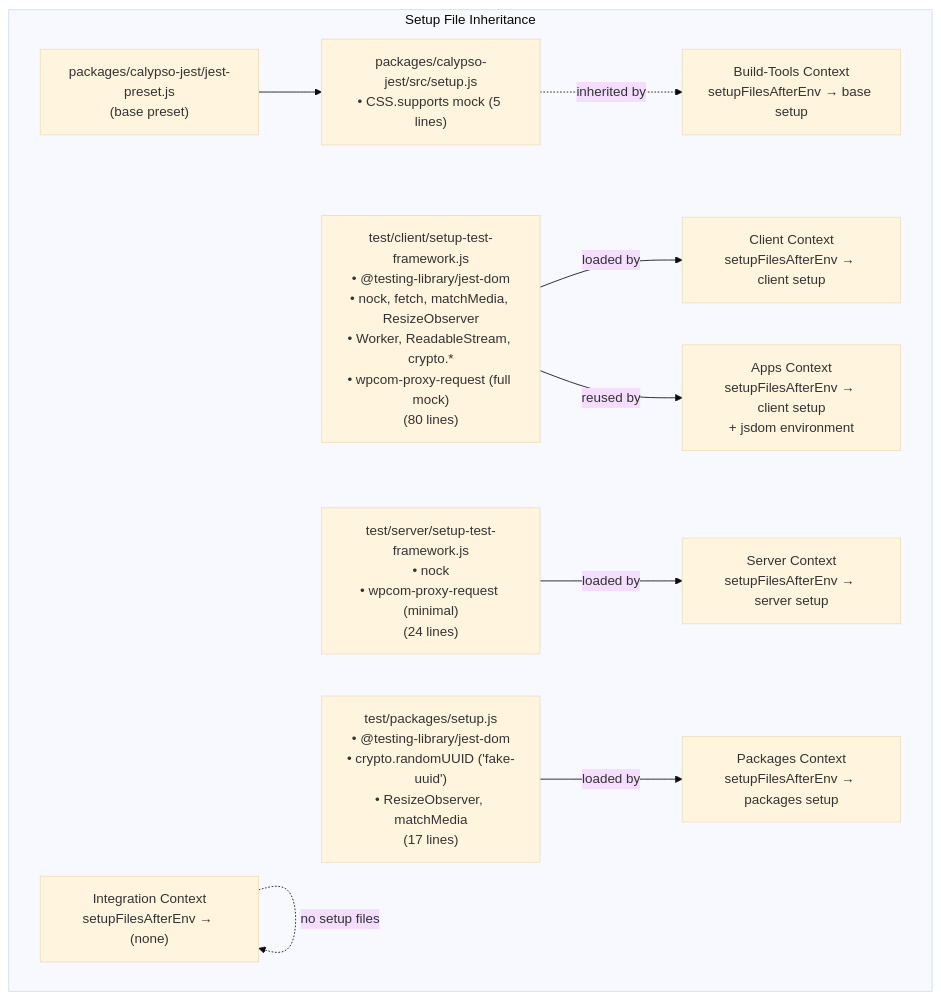
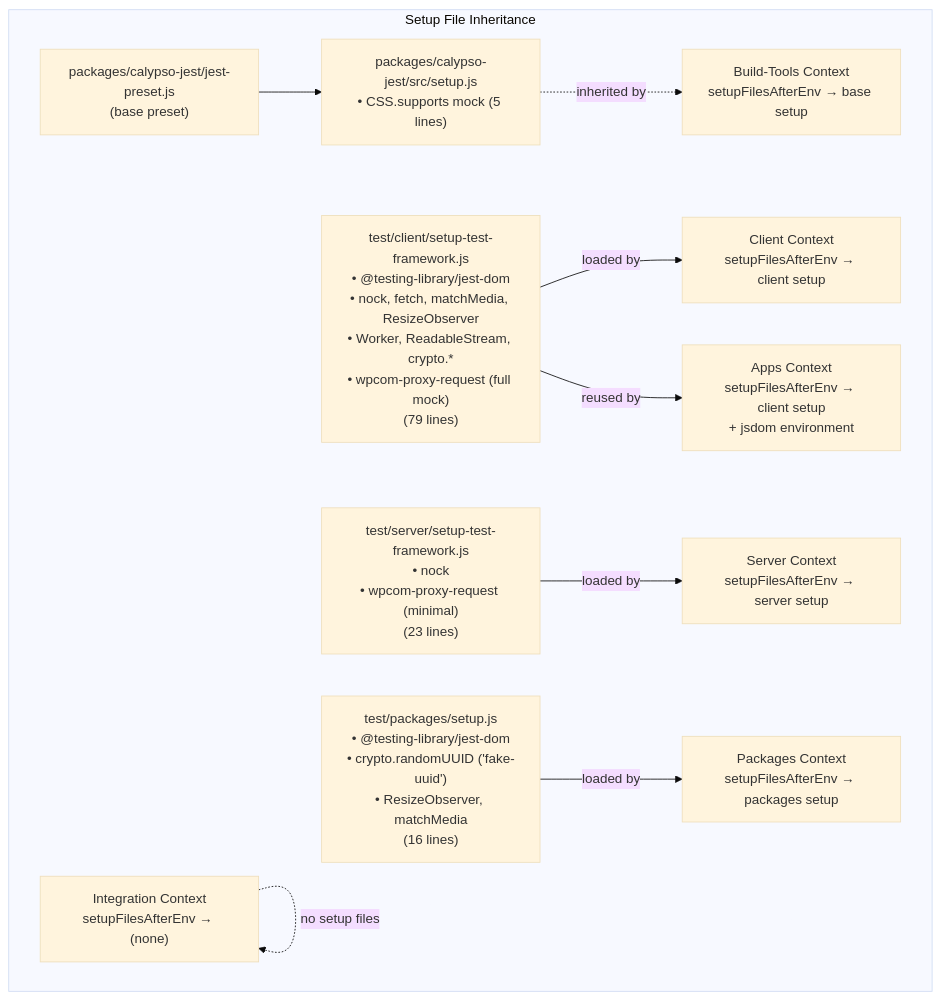
The fourth of 4 diagrams in blitzy/documentation/wp-calypso_be7e5cc64162.md (blitzy-research/wp-calypso), drawn with Mermaid (base theme) before and after one commit. The commit also changed other lines of this file, not shown here.

First line of the commit message:
fix: correct factual inaccuracies in test runtime environments documentation

````diff
--- a/blitzy/documentation/wp-calypso_be7e5cc64162.md
+++ b/blitzy/documentation/wp-calypso_be7e5cc64162.md
@@ -592,25 +592,25 @@
 ```mermaid
 flowchart TD
     subgraph "Setup File Inheritance"
         BASE["packages/calypso-jest/jest-preset.js\n(base preset)"]
         BASE_SETUP["packages/calypso-jest/src/setup.js\n• CSS.supports mock (5 lines)"]
-        CLIENT_SETUP["test/client/setup-test-framework.js\n• @testing-library/jest-dom\n• nock, fetch, matchMedia, ResizeObserver\n• Worker, ReadableStream, crypto.*\n• wpcom-proxy-request (full mock)\n(80 lines)"]
-        SERVER_SETUP["test/server/setup-test-framework.js\n• nock\n• wpcom-proxy-request (minimal)\n(24 lines)"]
-        PKG_SETUP["test/packages/setup.js\n• @testing-library/jest-dom\n• crypto.randomUUID ('fake-uuid')\n• ResizeObserver, matchMedia\n(17 lines)"]
+        CLIENT_SETUP["test/client/setup-test-framework.js\n• @testing-library/jest-dom\n• nock, fetch, matchMedia, ResizeObserver\n• Worker, ReadableStream, crypto.*\n• wpcom-proxy-request (full mock)\n(79 lines)"]
+        SERVER_SETUP["test/server/setup-test-framework.js\n• nock\n• wpcom-proxy-request (minimal)\n(23 lines)"]
+        PKG_SETUP["test/packages/setup.js\n• @testing-library/jest-dom\n• crypto.randomUUID ('fake-uuid')\n• ResizeObserver, matchMedia\n(16 lines)"]
 
         CLIENT["Client Context\nsetupFilesAfterEnv → client setup"]
         SERVER["Server Context\nsetupFilesAfterEnv → server setup"]
         PACKAGES["Packages Context\nsetupFilesAfterEnv → packages setup"]
         APPS["Apps Context\nsetupFilesAfterEnv → client setup\n+ jsdom environment"]
         BUILD["Build-Tools Context\nsetupFilesAfterEnv → base setup"]
         INTEG["Integration Context\nsetupFilesAfterEnv → (none)"]
 
         BASE --> BASE_SETUP
         BASE_SETUP -.->|"inherited by"| BUILD
         CLIENT_SETUP -->|"loaded by"| CLIENT
         CLIENT_SETUP -->|"reused by"| APPS
         SERVER_SETUP -->|"loaded by"| SERVER
         PKG_SETUP -->|"loaded by"| PACKAGES
         INTEG -.->|"no setup files"| INTEG
     end
 ```
````
